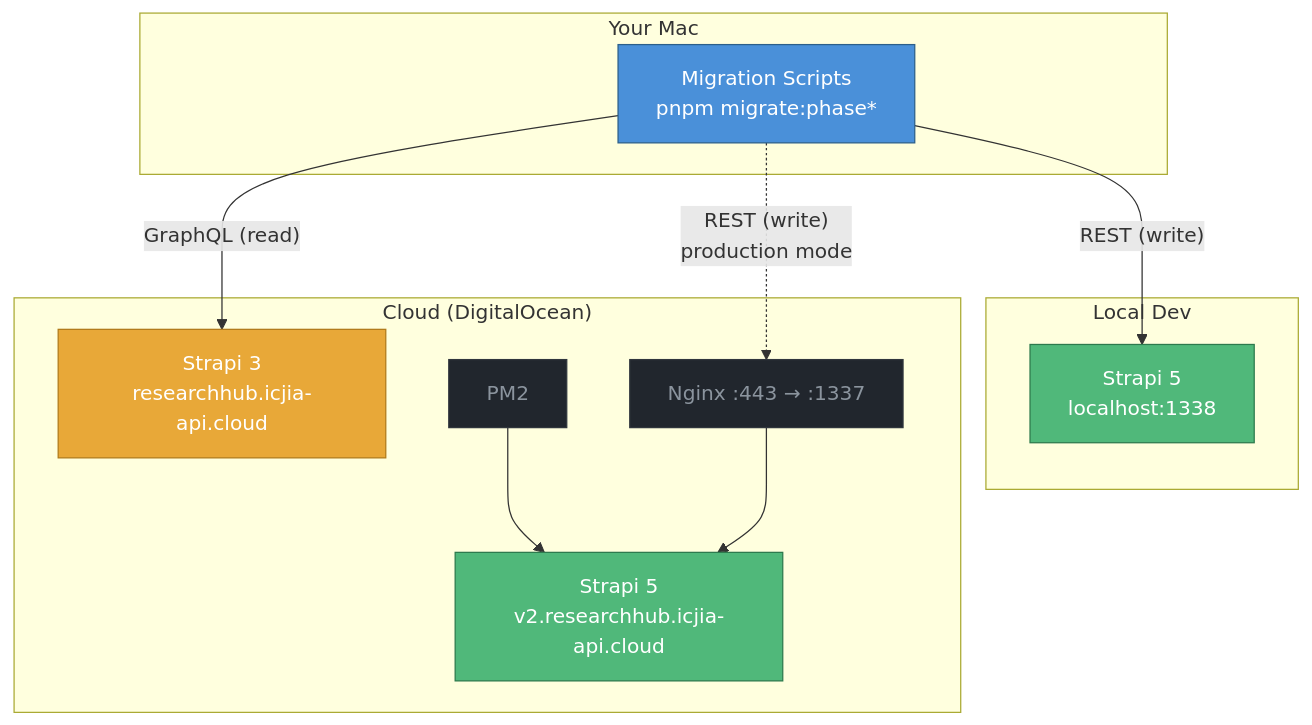
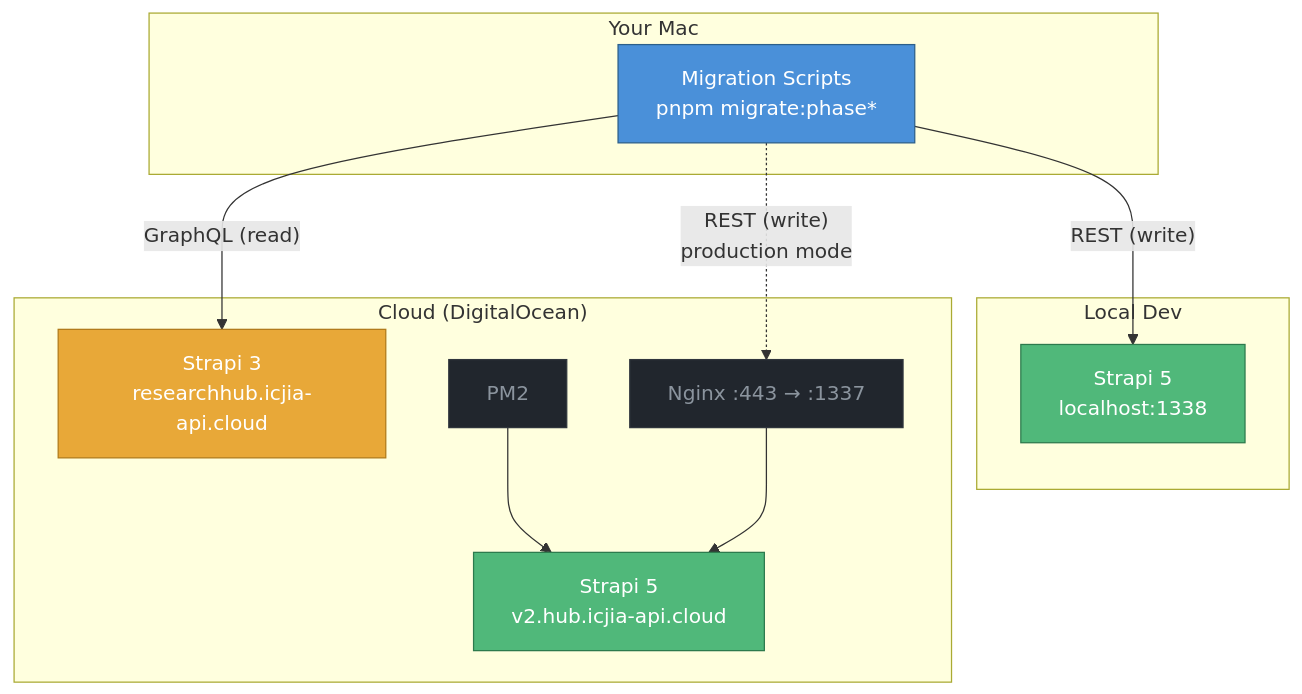
The third of 3 diagrams in README.md (ICJIA/hub-migration-tools), drawn with Mermaid before and after one commit. The commit also changed other lines of this file and 8 other files, not shown here.

Commit message:
Update all prod URLs to v2.hub.icjia-api.cloud (was v2.researchhub/researchhub2/researchhubv2)

````diff
--- a/README.md
+++ b/README.md
@@ -92,30 +92,30 @@
 ```mermaid
 graph TB
     subgraph "Your Mac"
         M[Migration Scripts<br/>pnpm migrate:phase*]
     end
 
     subgraph "Local Dev"
         S5L[Strapi 5<br/>localhost:1338]
     end
 
     subgraph "Cloud (DigitalOcean)"
         S3[Strapi 3<br/>researchhub.icjia-api.cloud]
-        S5P[Strapi 5<br/>v2.researchhub.icjia-api.cloud]
+        S5P[Strapi 5<br/>v2.hub.icjia-api.cloud]
         NX[Nginx :443 → :1337]
         PM[PM2]
         PM --> S5P
         NX --> S5P
     end
 
     M -- "GraphQL (read)" --> S3
     M -- "REST (write)" --> S5L
     M -. "REST (write)<br/>production mode" .-> NX
 
     style M fill:#4a90d9,stroke:#2c5f8a,color:#fff
     style S3 fill:#e8a838,stroke:#b07a1a,color:#fff
     style S5L fill:#50b87a,stroke:#2d7a4d,color:#fff
     style S5P fill:#50b87a,stroke:#2d7a4d,color:#fff
     style NX fill:#21262d,stroke:#30363d,color:#8b949e
     style PM fill:#21262d,stroke:#30363d,color:#8b949e
 ```
````
